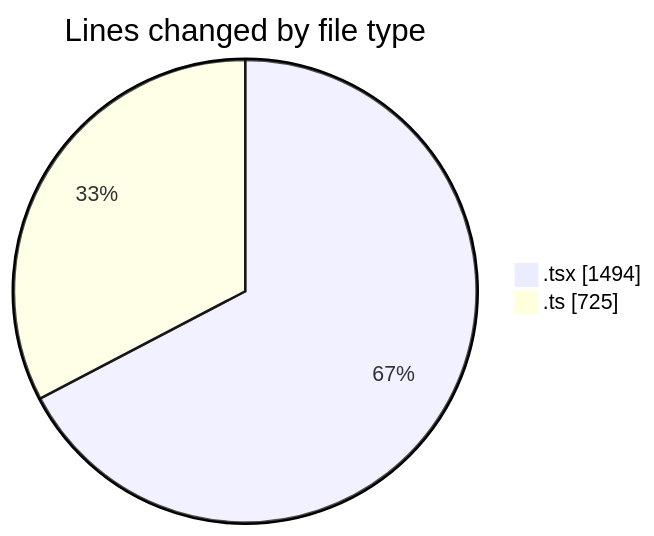
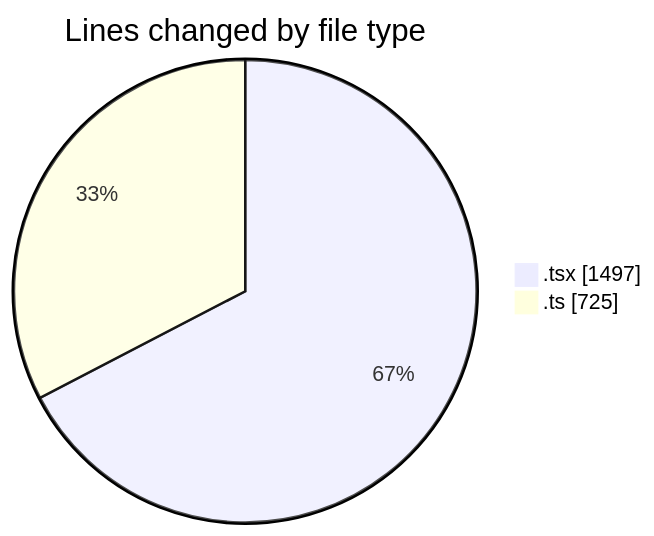
The first of 2 diagrams in 2026-02-18/nxtqube_webapp/README.md (nxtqubesakshisongat/code-tracking), drawn with Mermaid before and after one commit. The commit also changed other lines of this file and 1 other file, not shown here.

````diff
--- a/2026-02-18/nxtqube_webapp/README.md
+++ b/2026-02-18/nxtqube_webapp/README.md
@@ -25,6 +25,6 @@
 ```mermaid
 pie showData
 title Lines changed by file type
-".tsx" : 1494
+".tsx" : 1497
 ".ts" : 725
 ```
````
